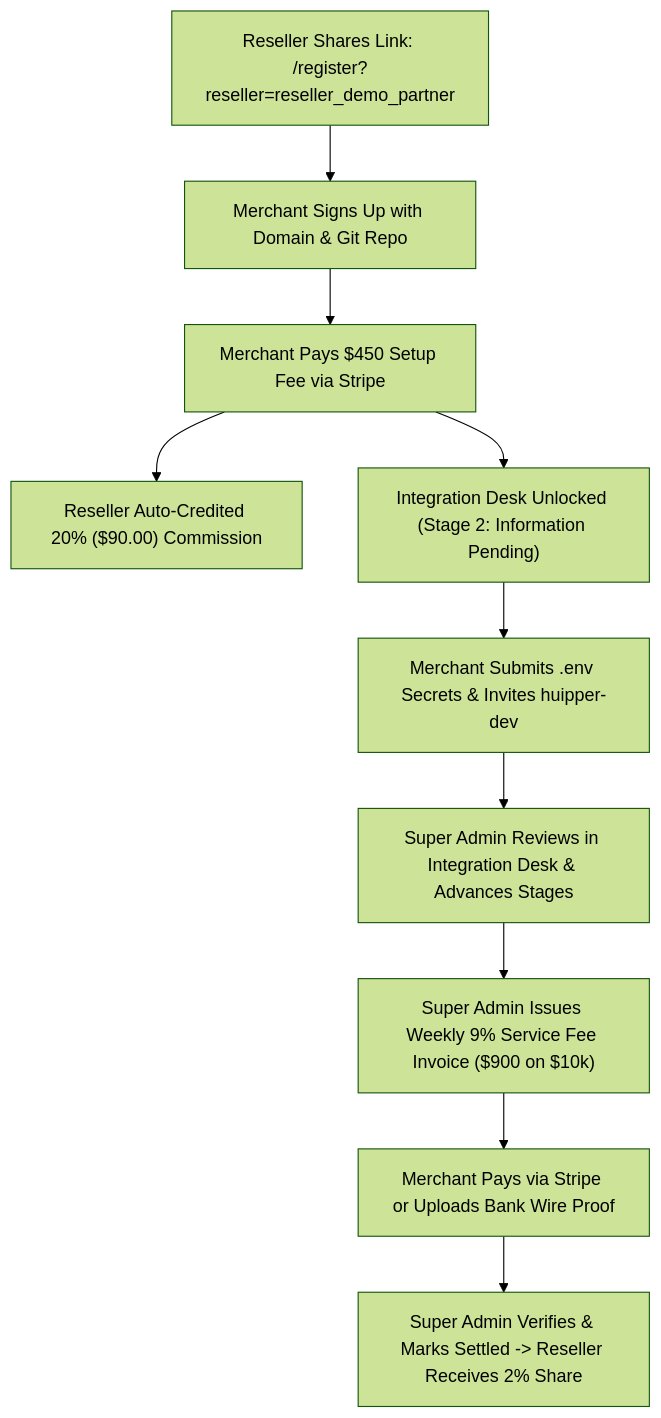
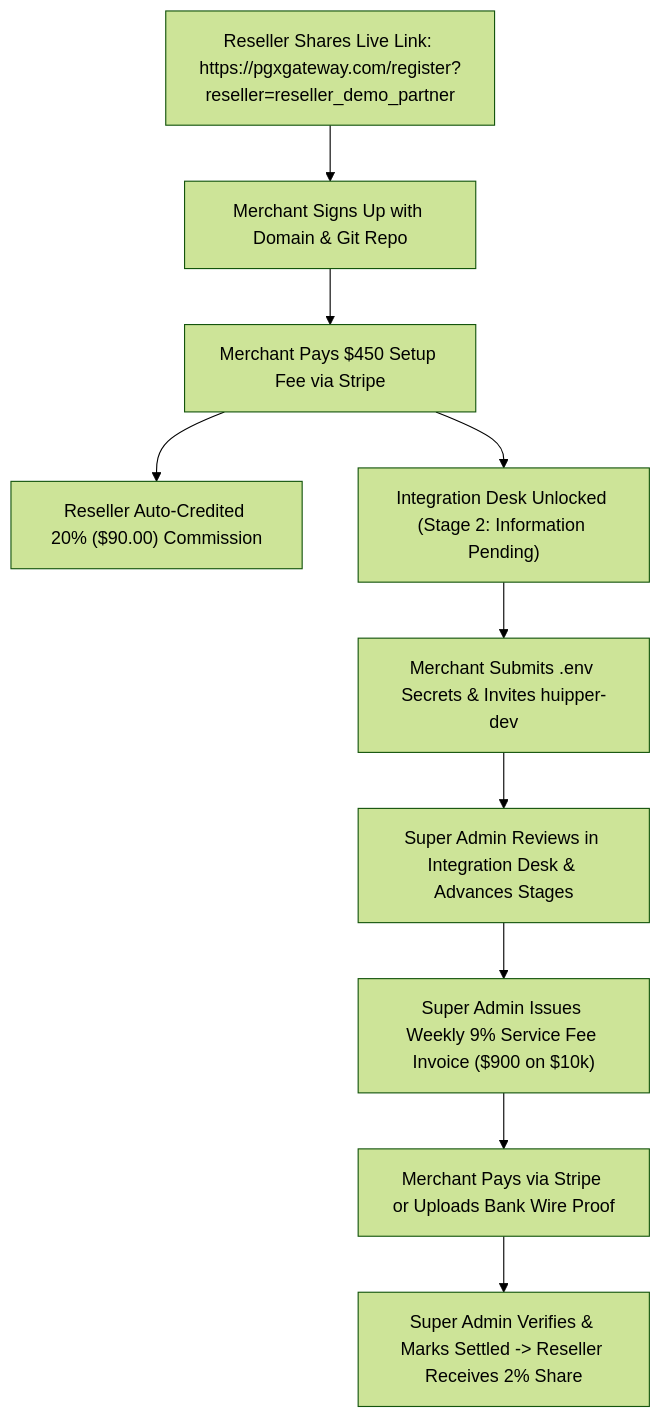
One commit to riff1431/pgxgatewayUI changed the diagram in TEST_CREDENTIALS.md. Above: the diagram before and after it, drawn with Mermaid (forest theme). The commit also changed other lines of this file, not shown here.

````diff
--- a/TEST_CREDENTIALS.md
+++ b/TEST_CREDENTIALS.md
@@ -116,12 +116,12 @@
 ```mermaid
 flowchart TD
-    A["Reseller Shares Link: /register?reseller=reseller_demo_partner"] --> B["Merchant Signs Up with Domain & Git Repo"]
+    A["Reseller Shares Live Link: https://pgxgateway.com/register?reseller=reseller_demo_partner"] --> B["Merchant Signs Up with Domain & Git Repo"]
     B --> C["Merchant Pays $450 Setup Fee via Stripe"]
     C --> D["Reseller Auto-Credited 20% ($90.00) Commission"]
     C --> E["Integration Desk Unlocked (Stage 2: Information Pending)"]
     E --> F["Merchant Submits .env Secrets & Invites huipper-dev"]
     F --> G["Super Admin Reviews in Integration Desk & Advances Stages"]
     G --> H["Super Admin Issues Weekly 9% Service Fee Invoice ($900 on $10k)"]
     H --> I["Merchant Pays via Stripe or Uploads Bank Wire Proof"]
     I --> J["Super Admin Verifies & Marks Settled -> Reseller Receives 2% Share"]
 ```
````
